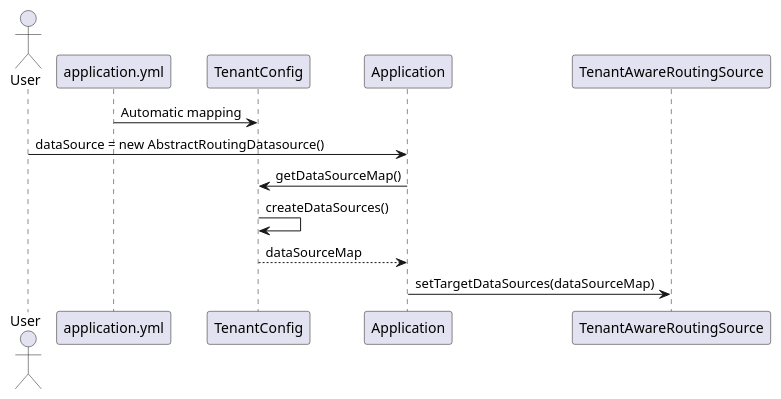
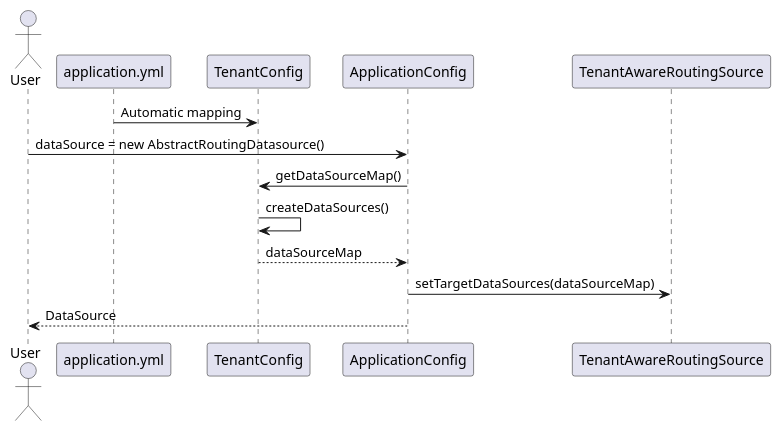
One commit to JulianRueck/multitenancy-spring-boot-starter changed the third of 3 diagrams in docs/Technical Specifications.md. Above: the diagram before and after it, drawn with PlantUML. The commit also changed other lines of this file and 3 other files, not shown here.

Commit message:
Add update to Technical Specifications and move DataSource Bean creation to sepparate class

````diff
--- a/docs/Technical Specifications.md
+++ b/docs/Technical Specifications.md
@@ -39,12 +42,13 @@
 ```puml
 @startuml
 actor User
 
 application.yml -> TenantConfig : Automatic mapping
-User -> Application : dataSource = new AbstractRoutingDatasource()
-Application -> TenantConfig : getDataSourceMap()
+User -> ApplicationConfig : dataSource = new AbstractRoutingDatasource()
+ApplicationConfig -> TenantConfig : getDataSourceMap()
 TenantConfig -> TenantConfig : createDataSources()
-TenantConfig --> Application : dataSourceMap
-Application -> TenantAwareRoutingSource : setTargetDataSources(dataSourceMap)
+TenantConfig --> ApplicationConfig : dataSourceMap
+ApplicationConfig -> TenantAwareRoutingSource : setTargetDataSources(dataSourceMap)
+ApplicationConfig --> User : DataSource
 @enduml
 ```
````
